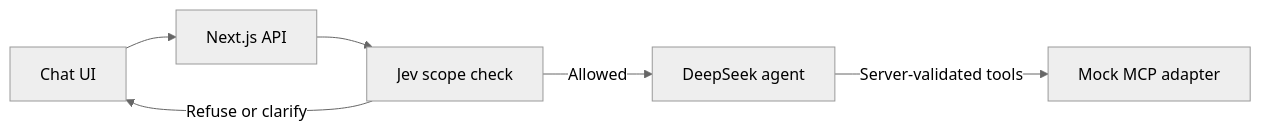
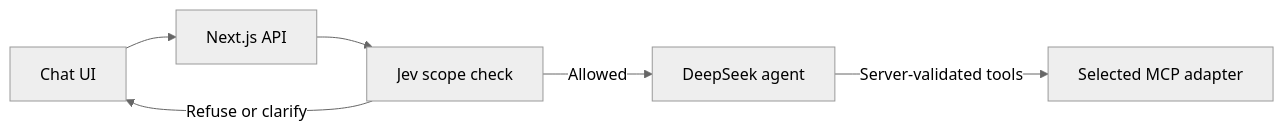
One commit to SantiagoJimenezQ/zen-conversational-workspace changed the first of 2 diagrams in README.md. Above: the diagram before and after it, drawn with Mermaid (neutral theme). The commit also changed other lines of this file and 54 other files, not shown here.

Commit message:
Unify original real MCP and public mocks behind a server feature flag

````diff
--- a/README.md
+++ b/README.md
@@ -81,8 +122,8 @@
 ```mermaid
 flowchart LR
     UI[Chat UI] --> API[Next.js API]
     API --> Scope[Jev scope check]
     Scope -->|Allowed| Agent[DeepSeek agent]
-    Agent -->|Server-validated tools| Mock[Mock MCP adapter]
+    Agent -->|Server-validated tools| Mock[Selected MCP adapter]
     Scope -->|Refuse or clarify| UI
 ```
````
